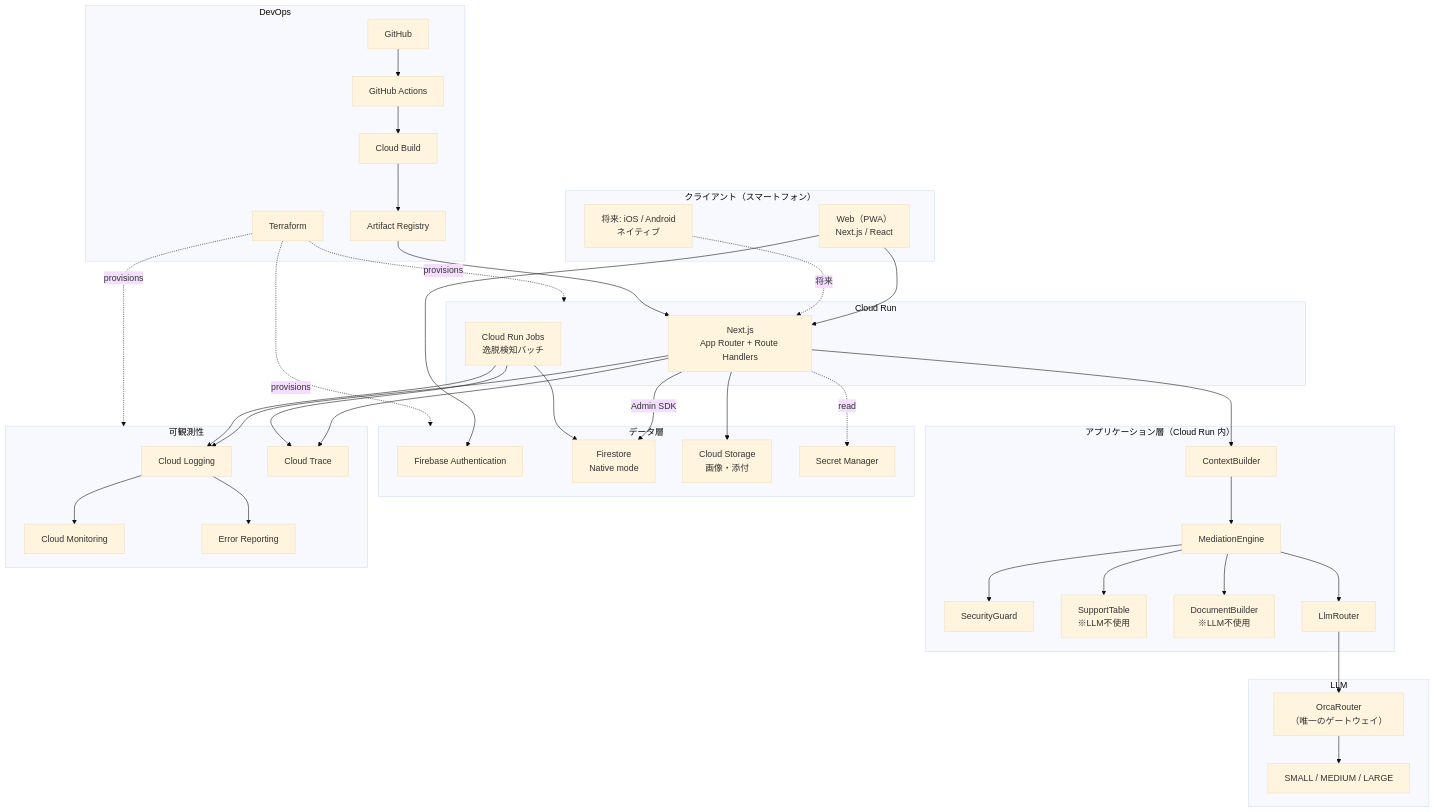
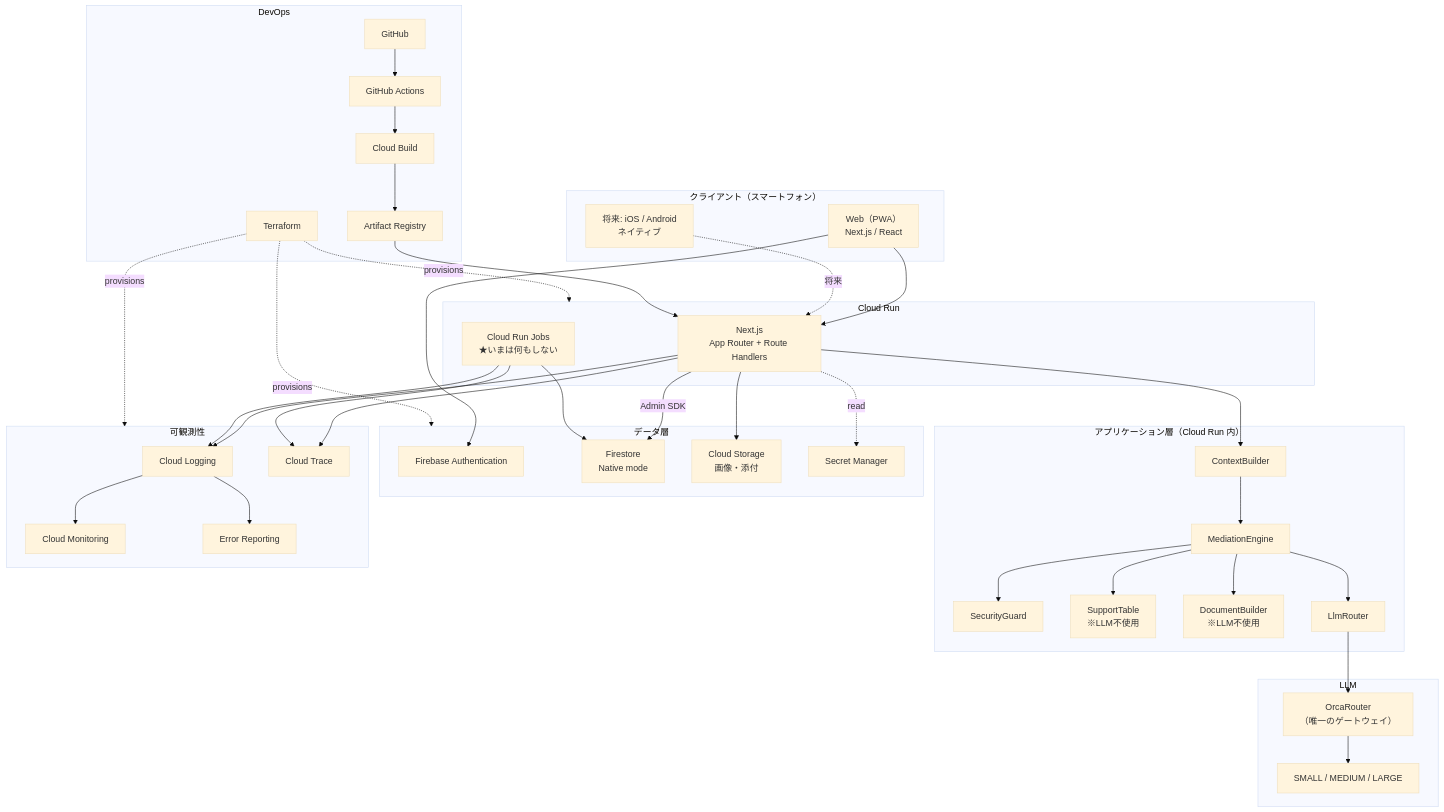
Before and after one commit to sugimomoto/AIHack: the diagram in docs/architecture.md, drawn with Mermaid (base theme). The commit also changed other lines of this file and 4 other files, not shown here.

````diff
--- a/docs/architecture.md
+++ b/docs/architecture.md
@@ -39,64 +40,64 @@
 ```mermaid
 flowchart TB
     subgraph Client["クライアント（スマートフォン）"]
         BR["Web（PWA）<br/>Next.js / React"]
         NA["将来: iOS / Android<br/>ネイティブ"]
     end
 
     subgraph Run["Cloud Run"]
         WEB["Next.js<br/>App Router + Route Handlers"]
-        JOB["Cloud Run Jobs<br/>逸脱検知バッチ"]
+        JOB["Cloud Run Jobs<br/>★いまは何もしない"]
     end
 
     subgraph App["アプリケーション層（Cloud Run 内）"]
         CTX["ContextBuilder"]
         ENG["MediationEngine"]
         GUARD["SecurityGuard"]
         CALC["SupportTable<br/>※LLM不使用"]
         DOC["DocumentBuilder<br/>※LLM不使用"]
         ROUTE["LlmRouter"]
     end
 
     subgraph LLM["LLM"]
         OR["OrcaRouter<br/>（唯一のゲートウェイ）"]
         MODELS["SMALL / MEDIUM / LARGE"]
     end
 
     subgraph Data["データ層"]
         FA["Firebase Authentication"]
         FS["Firestore<br/>Native mode"]
         CS["Cloud Storage<br/>画像・添付"]
         SM["Secret Manager"]
     end
 
     subgraph Obs["可観測性"]
         CL["Cloud Logging"]
         CM["Cloud Monitoring"]
         CT["Cloud Trace"]
         ER["Error Reporting"]
     end
 
     subgraph DevOps["DevOps"]
         GH["GitHub"]
         GHA["GitHub Actions"]
         AR["Artifact Registry"]
         CB["Cloud Build"]
         TF["Terraform"]
     end
 
     BR --> WEB
     NA -. 将来 .-> WEB
     BR --> FA
     WEB --> CTX --> ENG
     ENG --> GUARD & CALC & ROUTE
     ROUTE --> OR --> MODELS
     WEB -->|"Admin SDK"| FS
     WEB --> CS
     WEB -. read .-> SM
     JOB --> FS
     ENG --> DOC
     WEB & JOB --> CL & CT
     CL --> CM & ER
     GH --> GHA --> CB --> AR --> WEB
     TF -. provisions .-> Run & Data & Obs
 ```
````
